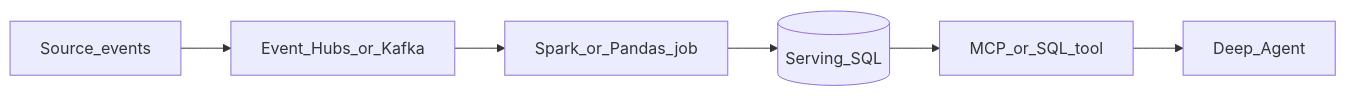
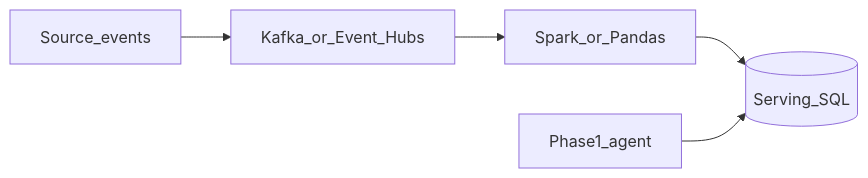
One commit to shemaiahCox/career-playbook changed the diagram in career-project-specs/06-data-pipelines.md. Above: the diagram before and after it, drawn with Mermaid. The commit also changed other lines of this file and 43 other files, not shown here.

````diff
--- a/career-project-specs/06-data-pipelines.md
+++ b/career-project-specs/06-data-pipelines.md
@@ -40,8 +42,7 @@
 ```mermaid
 flowchart LR
-  Src[Source_events] --> Hub[Event_Hubs_or_Kafka]
-  Hub --> Spark[Spark_or_Pandas_job]
-  Spark --> SQL[(Serving_SQL)]
-  SQL --> Tool[MCP_or_SQL_tool]
-  Tool --> Agent[Deep_Agent]
+  Src[Source_events] --> Hub[Kafka_or_Event_Hubs]
+  Hub --> Job[Spark_or_Pandas]
+  Job --> SQL[(Serving_SQL)]
+  Agent[Phase1_agent] --> SQL
 ```
````
